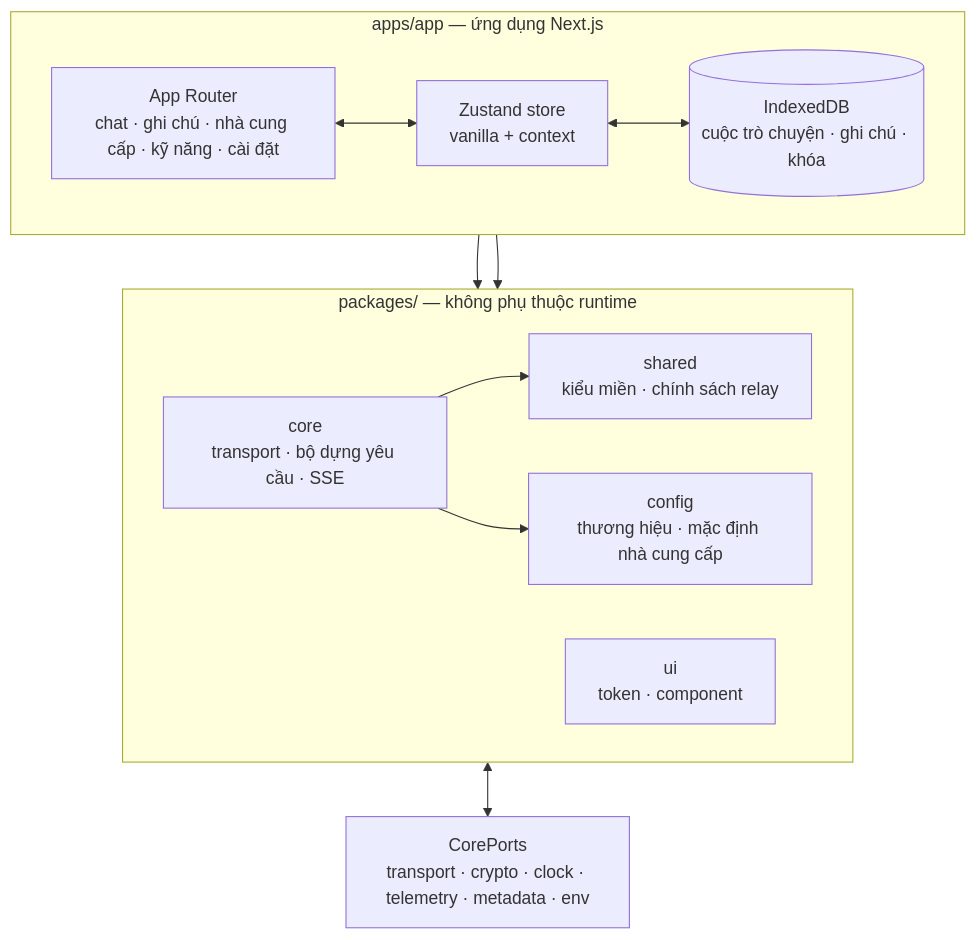
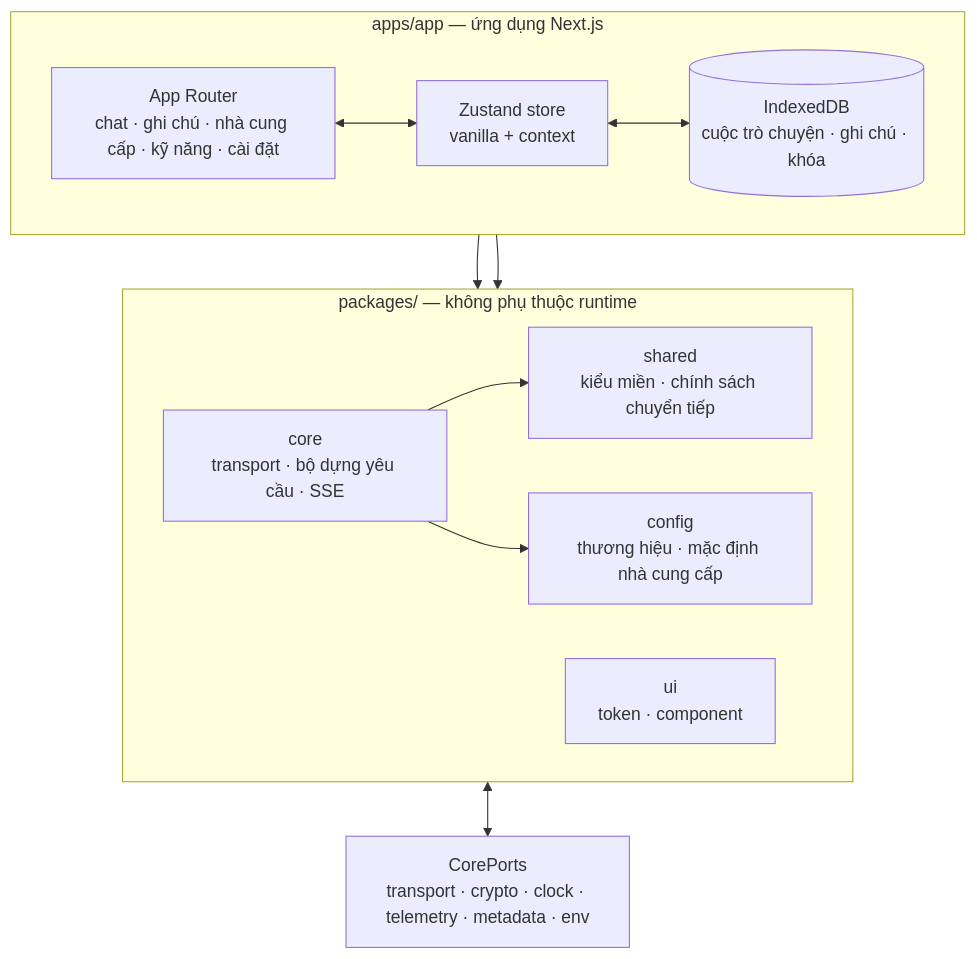
The second of 2 diagrams in readme_i18n/vi/web.md (oriveo/oriveo), drawn with Mermaid before and after one commit. The commit also changed other lines of this file and 89 other files, not shown here.

````diff
--- a/readme_i18n/vi/web.md
+++ b/readme_i18n/vi/web.md
@@ -122,25 +125,25 @@
 ```mermaid
 flowchart TB
     subgraph app ["apps/app — ứng dụng Next.js"]
         direction LR
         routes["App Router<br/>chat · ghi chú · nhà cung cấp · kỹ năng · cài đặt"]
         store["Zustand store<br/>vanilla + context"]
         idb[("IndexedDB<br/>cuộc trò chuyện · ghi chú · khóa")]
     end
 
     subgraph pkgs ["packages/ — không phụ thuộc runtime"]
         direction LR
         core["core<br/>transport · bộ dựng yêu cầu · SSE"]
-        shared["shared<br/>kiểu miền · chính sách relay"]
+        shared["shared<br/>kiểu miền · chính sách chuyển tiếp"]
         ui["ui<br/>token · component"]
         config["config<br/>thương hiệu · mặc định nhà cung cấp"]
     end
 
     ports["CorePorts<br/>transport · crypto · clock · telemetry · metadata · env"]
 
     routes <--> store <--> idb
     store --> core
     core --> shared & config
     routes --> ui
     core <--> ports
 ```
````
